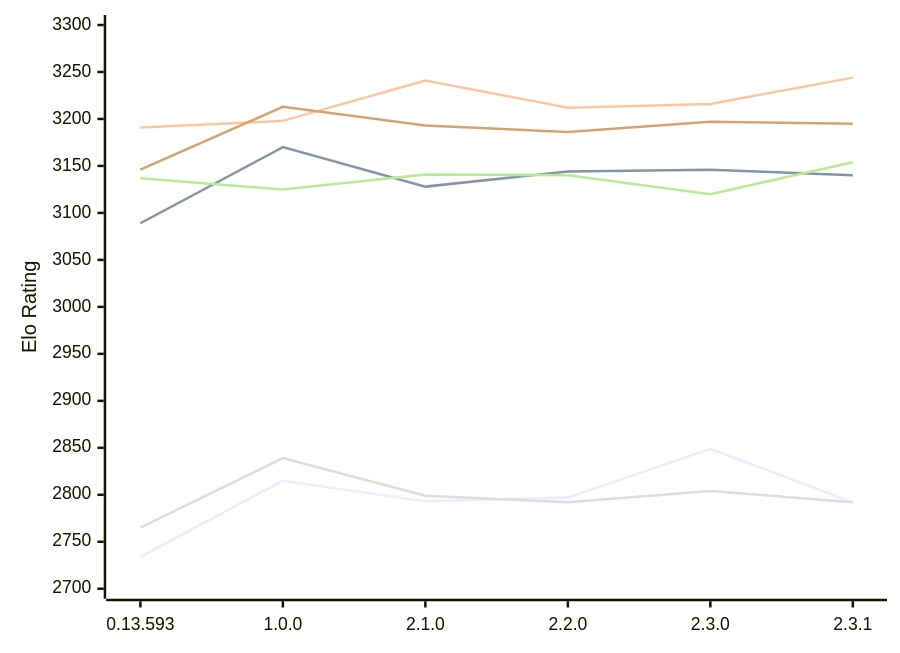
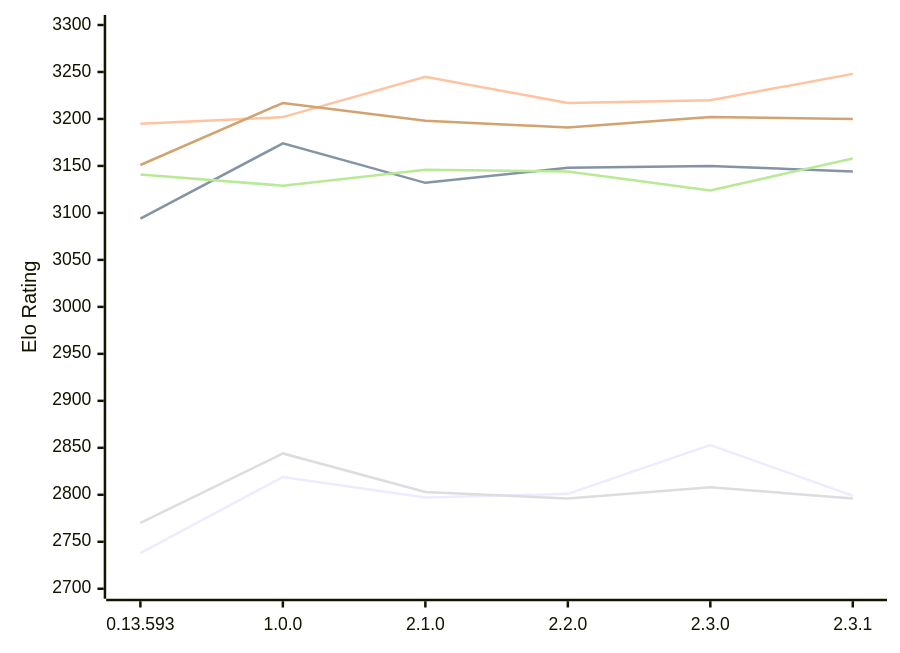
The diagram in engines/Pawnstar.md (computer-chess-index/cci), drawn with Mermaid before and after one commit. The commit also changed other lines of this file, not shown here.

Commit message:
Update CCI Ratings (ELO VLTC) - 2026-11-20

````diff
--- a/engines/Pawnstar.md
+++ b/engines/Pawnstar.md
@@ -57,12 +57,12 @@
 ```mermaid
 %%{init: {"theme":"base","themeVariables":{"seriesColors:['#a3a3a3','#222221','#faa371']}}}%%
 xychart-beta
   x-axis ["0.13.593", "1.0.0", "2.1.0", "2.2.0", "2.3.0", "2.3.1"]
   y-axis "Elo Rating" 2700 --> 3300
-  line "E1: STC (8.0+0.08s)" [2734, 2815, 2793, 2797, 2849, 2792]
-  line "E1: LTC (60.0+0.60s)" [3089, 3170, 3128, 3144, 3146, 3140]
-  line "E1: VLTC (2m24s+1.12s)" [3191, 3198, 3241, 3212, 3216, 3244]
-  line "P1: STC (8.0+0.08s)" [2765, 2839, 2799, 2792, 2804, 2792]
-  line "P1: LTC (60.0+0.60s)" [3137, 3125, 3141, 3140, 3120, 3154]
-  line "P1: VLTC (2m24s+1.12s)" [3146, 3213, 3193, 3186, 3197, 3195]
+  line "E1: STC (8.0+0.08s)" [2738, 2819, 2797, 2801, 2853, 2799]
+  line "E1: LTC (60.0+0.60s)" [3094, 3174, 3132, 3148, 3150, 3144]
+  line "E1: VLTC (2m24s+1.12s)" [3195, 3202, 3245, 3217, 3220, 3248]
+  line "P1: STC (8.0+0.08s)" [2770, 2844, 2803, 2796, 2808, 2796]
+  line "P1: LTC (60.0+0.60s)" [3141, 3129, 3146, 3144, 3124, 3158]
+  line "P1: VLTC (2m24s+1.12s)" [3151, 3217, 3198, 3191, 3202, 3200]
 ```
````
